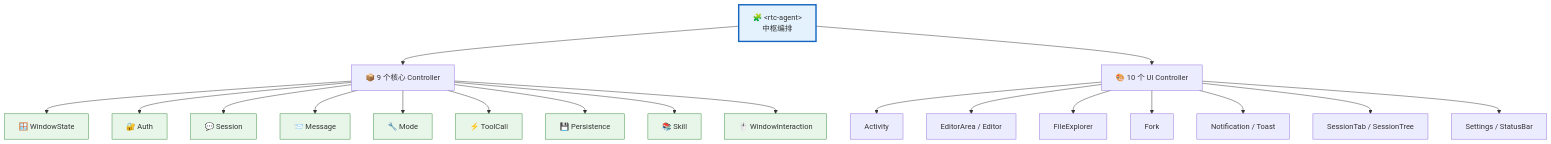
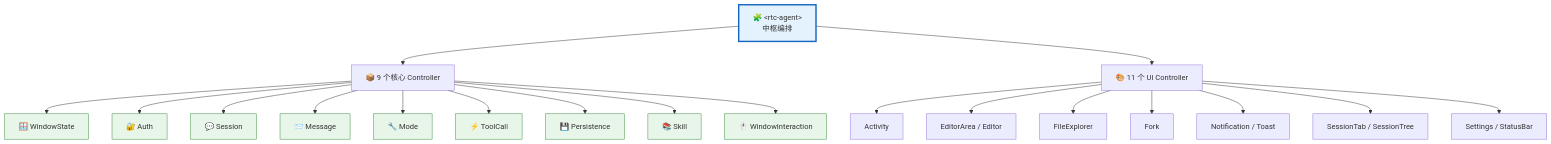
Before and after one commit to rtc-agent/docs: the fifth of 7 diagrams in src/content/docs/integration/component-api.md, drawn with Mermaid. The commit also changed other lines of this file and 5 other files, not shown here.

````diff
--- a/src/content/docs/integration/component-api.md
+++ b/src/content/docs/integration/component-api.md
@@ -280,34 +280,34 @@
 ```mermaid
 flowchart TD
     ROOT["🧩 &lt;rtc-agent&gt;<br/>中枢编排"] --> CORE["📦 9 个核心 Controller"]
-    ROOT --> UI["🎨 10 个 UI Controller"]
+    ROOT --> UI["🎨 11 个 UI Controller"]
 
     CORE --> C1["🪟 WindowState"]
     CORE --> C2["🔐 Auth"]
     CORE --> C3["💬 Session"]
     CORE --> C4["📨 Message"]
     CORE --> C5["🔧 Mode"]
     CORE --> C6["⚡ ToolCall"]
     CORE --> C7["💾 Persistence"]
     CORE --> C8["📚 Skill"]
     CORE --> C9["🖱️ WindowInteraction"]
 
     UI --> U1["Activity"]
     UI --> U2["EditorArea / Editor"]
     UI --> U3["FileExplorer"]
     UI --> U4["Fork"]
     UI --> U5["Notification / Toast"]
     UI --> U6["SessionTab / SessionTree"]
     UI --> U7["Settings / StatusBar"]
 
     style ROOT fill:#e3f2fd,stroke:#1565c0,stroke-width:3px
     style C1 fill:#e8f5e9,stroke:#388e3c
     style C2 fill:#e8f5e9,stroke:#388e3c
     style C3 fill:#e8f5e9,stroke:#388e3c
     style C4 fill:#e8f5e9,stroke:#388e3c
     style C5 fill:#e8f5e9,stroke:#388e3c
     style C6 fill:#e8f5e9,stroke:#388e3c
     style C7 fill:#e8f5e9,stroke:#388e3c
     style C8 fill:#e8f5e9,stroke:#388e3c
     style C9 fill:#e8f5e9,stroke:#388e3c
 ```
````
